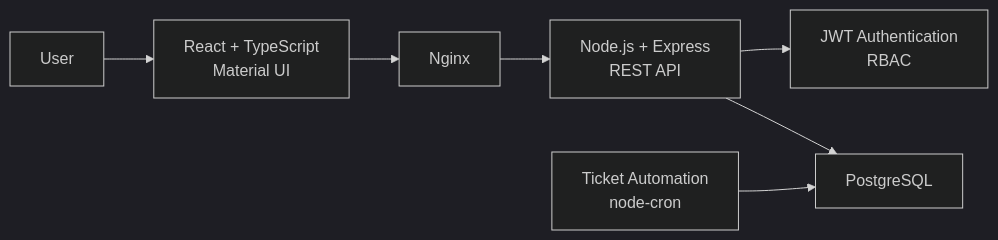
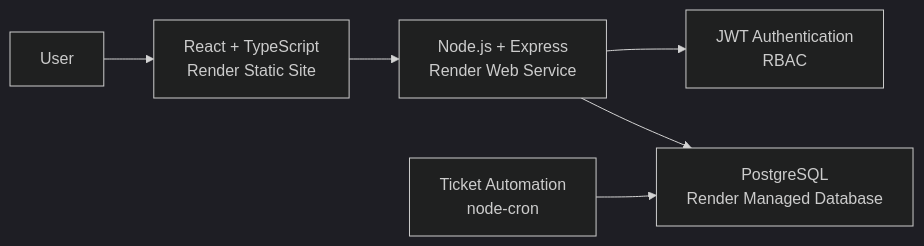
One commit to LeslieSc/it-support-management-dashboard changed the diagram in README.md. Above: the diagram before and after it, drawn with Mermaid (dark theme). The commit also changed other lines of this file, not shown here.

````diff
--- a/README.md
+++ b/README.md
@@ -122,38 +132,35 @@
 ```mermaid
 flowchart LR
     User[User]
 
     Frontend[
         React + TypeScript
-        Material UI
+        Render Static Site
     ]
-
-    Nginx[Nginx]
 
     Backend[
         Node.js + Express
-        REST API
+        Render Web Service
     ]
 
     Auth[
         JWT Authentication
         RBAC
     ]
 
     Database[
         PostgreSQL
+        Render Managed Database
     ]
 
     Automation[
         Ticket Automation
         node-cron
     ]
 
     User --> Frontend
-    Frontend --> Nginx
-    Nginx --> Backend
-
+    Frontend --> Backend
     Backend --> Auth
     Backend --> Database
     Automation --> Database
 ```
````
